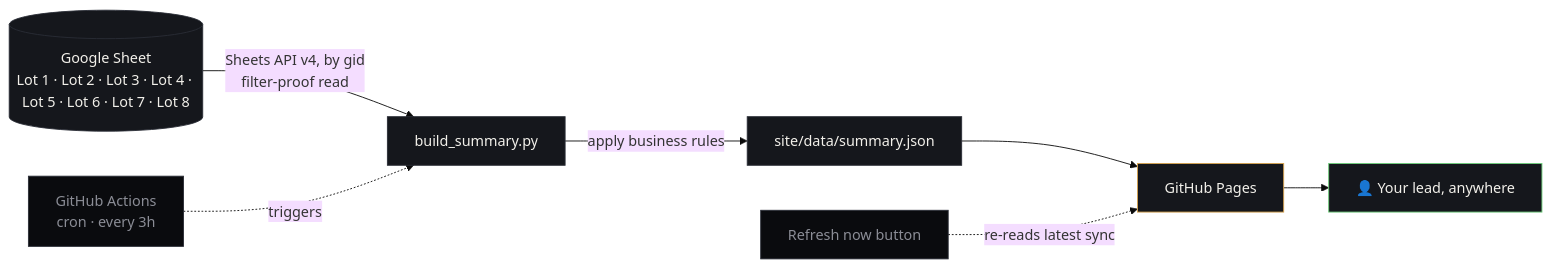
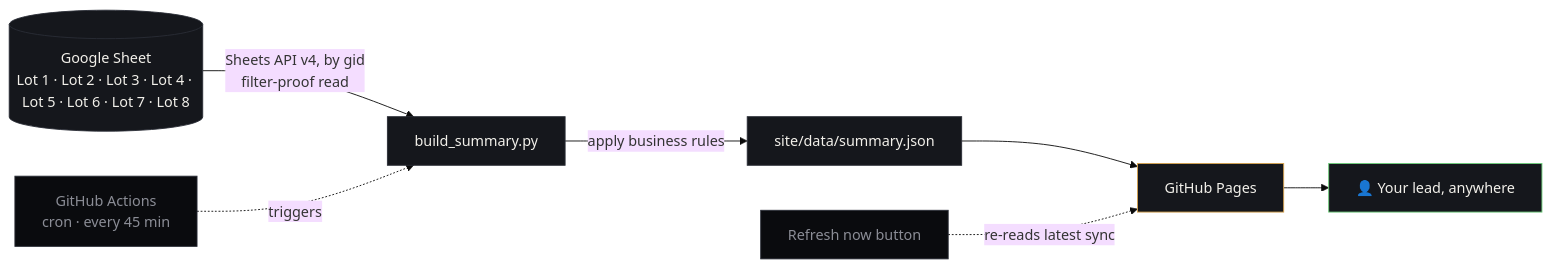
The diagram in README.md (vikramdex-ops/iso-review-dashboard), drawn with Mermaid (base theme) before and after one commit. The commit also changed other lines of this file, not shown here.

Commit message:
Refresh every 45 minutes: README

````diff
--- a/README.md
+++ b/README.md
@@ -102,17 +102,17 @@
 ```mermaid
 flowchart LR
     A[("Google Sheet\nLot 1 · Lot 2 · Lot 3 · Lot 4 · Lot 5 · Lot 6 · Lot 7 · Lot 8")] -->|Sheets API v4, by gid\nfilter-proof read| B["build_summary.py"]
     B -->|apply business rules| C["site/data/summary.json"]
     C --> D["GitHub Pages"]
-    E["GitHub Actions\ncron · every 3h"] -.triggers.-> B
+    E["GitHub Actions\ncron · every 45 min"] -.triggers.-> B
     F["Refresh now button"] -.re-reads latest sync.-> D
     D --> G["👤 Your lead, anywhere"]
 
     style A fill:#15171c,stroke:#2a2d36,color:#f2f0ea
     style B fill:#15171c,stroke:#2a2d36,color:#f2f0ea
     style C fill:#15171c,stroke:#2a2d36,color:#f2f0ea
     style D fill:#15171c,stroke:#d7a34f,color:#f2f0ea
     style E fill:#0a0b0e,stroke:#2a2d36,color:#8b8d96
     style F fill:#0a0b0e,stroke:#2a2d36,color:#8b8d96
     style G fill:#15171c,stroke:#6fcf7c,color:#f2f0ea
 ```
````
